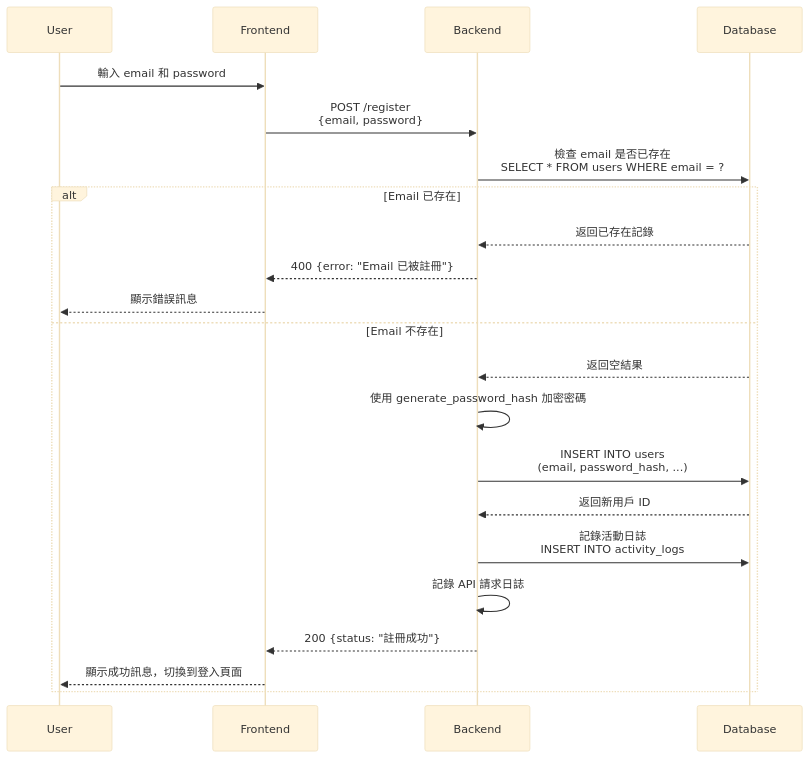
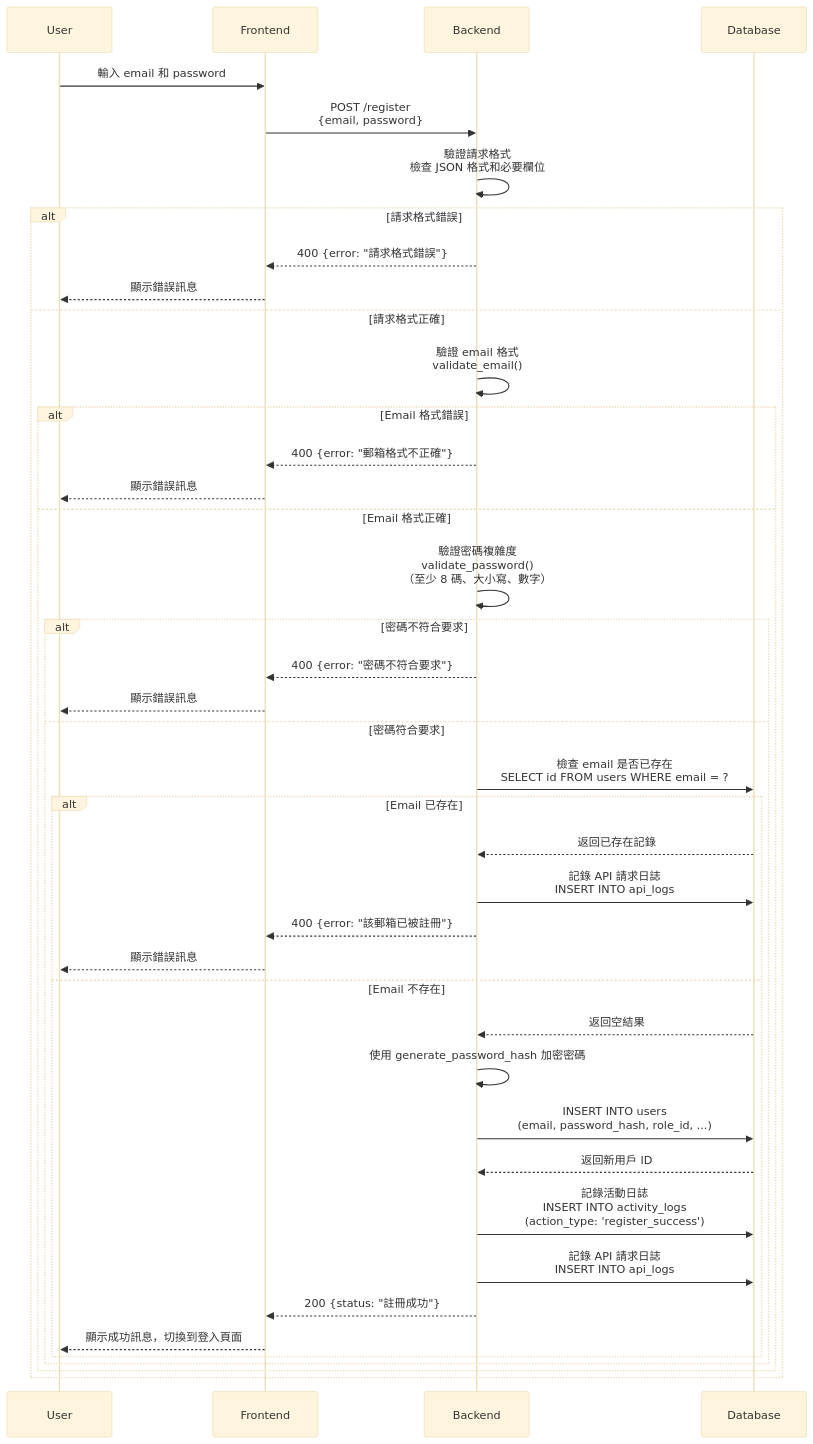
One commit to szweijin/Leaf_Disease_AI changed the first of 8 diagrams in docs/sequences_diagram.md. Above: the diagram before and after it, drawn with Mermaid (base theme). The commit also changed other lines of this file and 31 other files, not shown here.

````diff
--- a/docs/sequences_diagram.md
+++ b/docs/sequences_diagram.md
@@ -18,27 +22,49 @@
 ```mermaid
 sequenceDiagram
     participant User
     participant Frontend
     participant Backend
     participant Database
 
     User->>Frontend: 輸入 email 和 password
     Frontend->>Backend: POST /register<br/>{email, password}
 
-    Backend->>Database: 檢查 email 是否已存在<br/>SELECT * FROM users WHERE email = ?
+    Backend->>Backend: 驗證請求格式<br/>檢查 JSON 格式和必要欄位
 
-    alt Email 已存在
-        Database-->>Backend: 返回已存在記錄
-        Backend-->>Frontend: 400 {error: "Email 已被註冊"}
+    alt 請求格式錯誤
+        Backend-->>Frontend: 400 {error: "請求格式錯誤"}
         Frontend-->>User: 顯示錯誤訊息
-    else Email 不存在
-        Database-->>Backend: 返回空結果
-        Backend->>Backend: 使用 generate_password_hash 加密密碼
-        Backend->>Database: INSERT INTO users<br/>(email, password_hash, ...)
-        Database-->>Backend: 返回新用戶 ID
-        Backend->>Database: 記錄活動日誌<br/>INSERT INTO activity_logs
-        Backend->>Backend: 記錄 API 請求日誌
-        Backend-->>Frontend: 200 {status: "註冊成功"}
-        Frontend-->>User: 顯示成功訊息，切換到登入頁面
+    else 請求格式正確
+        Backend->>Backend: 驗證 email 格式<br/>validate_email()
+
+        alt Email 格式錯誤
+            Backend-->>Frontend: 400 {error: "郵箱格式不正確"}
+            Frontend-->>User: 顯示錯誤訊息
+        else Email 格式正確
+            Backend->>Backend: 驗證密碼複雜度<br/>validate_password()<br/>（至少 8 碼、大小寫、數字）
+
+            alt 密碼不符合要求
+                Backend-->>Frontend: 400 {error: "密碼不符合要求"}
+                Frontend-->>User: 顯示錯誤訊息
+            else 密碼符合要求
+                Backend->>Database: 檢查 email 是否已存在<br/>SELECT id FROM users WHERE email = ?
+
+                alt Email 已存在
+                    Database-->>Backend: 返回已存在記錄
+                    Backend->>Database: 記錄 API 請求日誌<br/>INSERT INTO api_logs
+                    Backend-->>Frontend: 400 {error: "該郵箱已被註冊"}
+                    Frontend-->>User: 顯示錯誤訊息
+                else Email 不存在
+                    Database-->>Backend: 返回空結果
+                    Backend->>Backend: 使用 generate_password_hash 加密密碼
+                    Backend->>Database: INSERT INTO users<br/>(email, password_hash, role_id, ...)
+                    Database-->>Backend: 返回新用戶 ID
+                    Backend->>Database: 記錄活動日誌<br/>INSERT INTO activity_logs<br/>(action_type: 'register_success')
+                    Backend->>Database: 記錄 API 請求日誌<br/>INSERT INTO api_logs
+                    Backend-->>Frontend: 200 {status: "註冊成功"}
+                    Frontend-->>User: 顯示成功訊息，切換到登入頁面
+                end
+            end
+        end
     end
 ```
````
